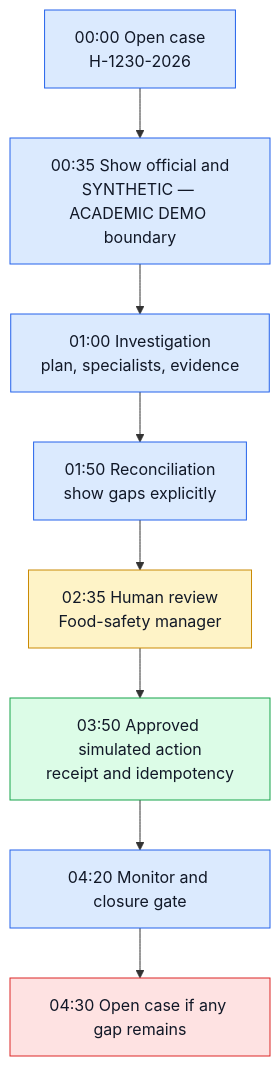
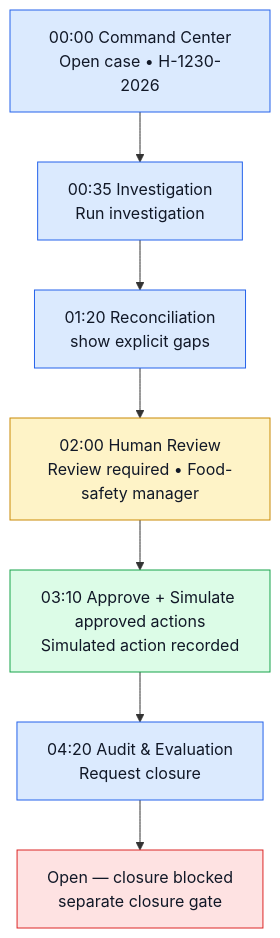
One commit to nagarjunakanamarlapudi/reacall-agents changed the diagram in docs/images/07_demo_story.mmd. Above: the diagram before and after it, drawn with Mermaid. The commit also changed 26 other files, not shown here.

Commit message:
docs: harden Task 10 diagram and demo contracts

```diff
--- a/docs/images/07_demo_story.mmd
+++ b/docs/images/07_demo_story.mmd
@@ -1,12 +1,11 @@
 flowchart TB
   classDef step fill:#dbeafe,stroke:#2563eb,color:#111827
   classDef human fill:#fef3c7,stroke:#ca8a04,color:#111827
   classDef safe fill:#dcfce7,stroke:#16a34a,color:#111827
   classDef block fill:#fee2e2,stroke:#dc2626,color:#111827
-  A["00:00 Open case<br/>H-1230-2026"]:::step --> B["00:35 Show official and<br/>SYNTHETIC — ACADEMIC DEMO boundary"]:::step
-  B --> C["01:00 Investigation<br/>plan, specialists, evidence"]:::step
-  C --> D["01:50 Reconciliation<br/>show gaps explicitly"]:::step
-  D --> E["02:35 Human review<br/>Food-safety manager"]:::human
-  E --> F["03:50 Approved simulated action<br/>receipt and idempotency"]:::safe
-  F --> G["04:20 Monitor and closure gate"]:::step
-  G --> H["04:30 Open case if any gap remains"]:::block
+  A["00:00 Command Center<br/>Open case • H-1230-2026"]:::step --> B["00:35 Investigation<br/>Run investigation"]:::step
+  B --> C["01:20 Reconciliation<br/>show explicit gaps"]:::step
+  C --> D["02:00 Human Review<br/>Review required • Food-safety manager"]:::human
+  D --> E["03:10 Approve + Simulate approved actions<br/>Simulated action recorded"]:::safe
+  E --> F["04:20 Audit & Evaluation<br/>Request closure"]:::step
+  F --> G["Open — closure blocked<br/>separate closure gate"]:::block
```
